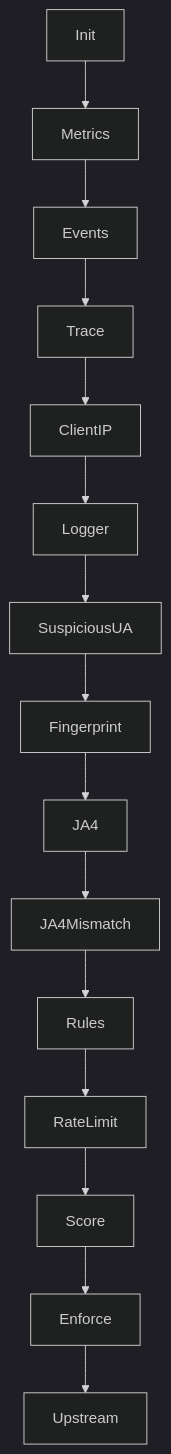
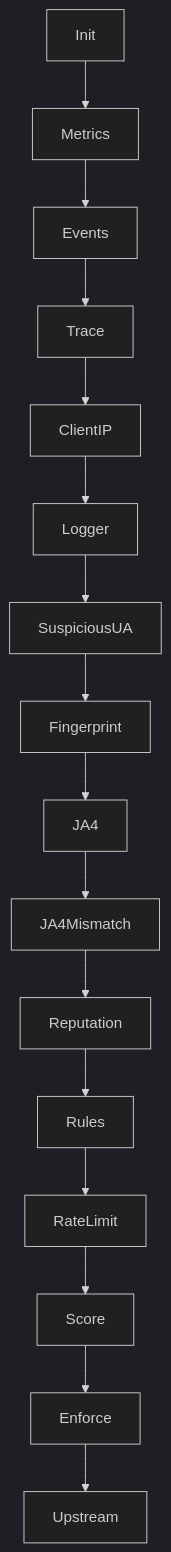
One commit to fharias/guardian-scrapy changed the second of 10 diagrams in README.md. Above: the diagram before and after it, drawn with Mermaid (dark theme). The commit also changed other lines of this file, not shown here.

Commit message:
Update README to include JA4 reputation management details

````diff
--- a/README.md
+++ b/README.md
@@ -57,5 +57,5 @@
 ```mermaid
 flowchart TD
   init[Init] --> mets[Metrics] --> events[Events] --> trace[Trace] --> ip[ClientIP] --> logger[Logger] --> ua[SuspiciousUA]
-  ua --> fp[Fingerprint] --> ja4src[JA4] --> ja4[JA4Mismatch] --> rules[Rules] --> limite[RateLimit] --> score[Score] --> enforce[Enforce] --> origen[Upstream]
+  ua --> fp[Fingerprint] --> ja4src[JA4] --> ja4[JA4Mismatch] --> rep[Reputation] --> rules[Rules] --> limite[RateLimit] --> score[Score] --> enforce[Enforce] --> origen[Upstream]
 ```
````
